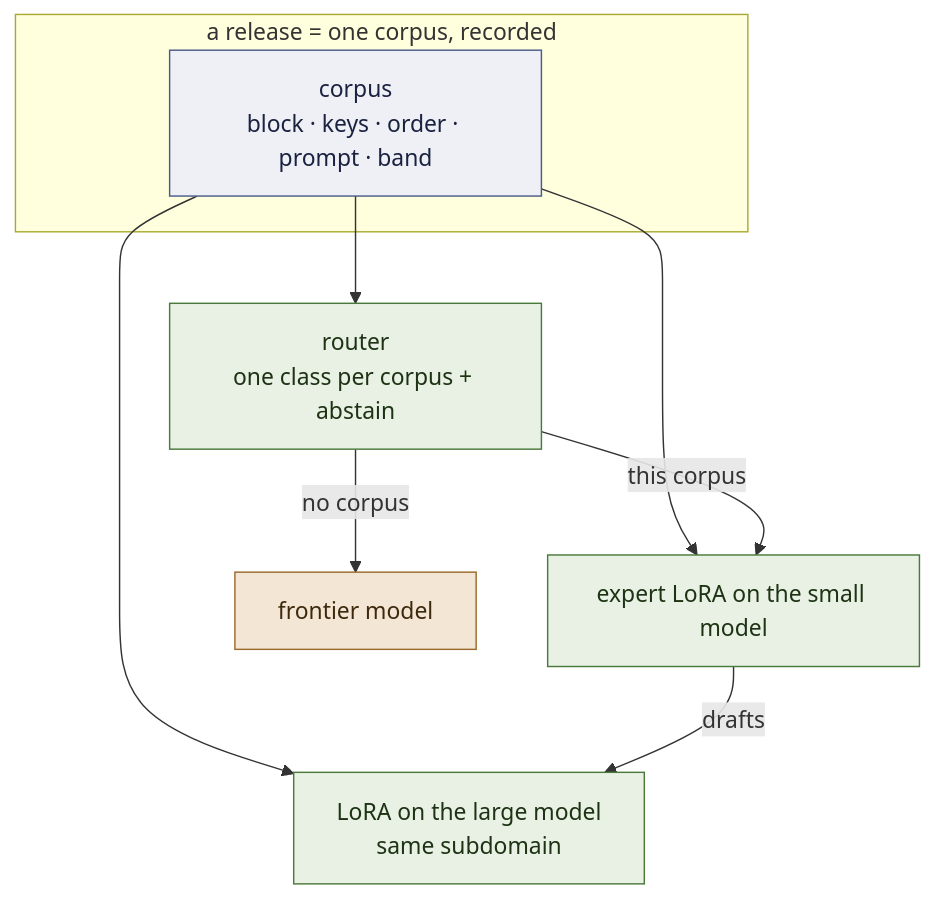
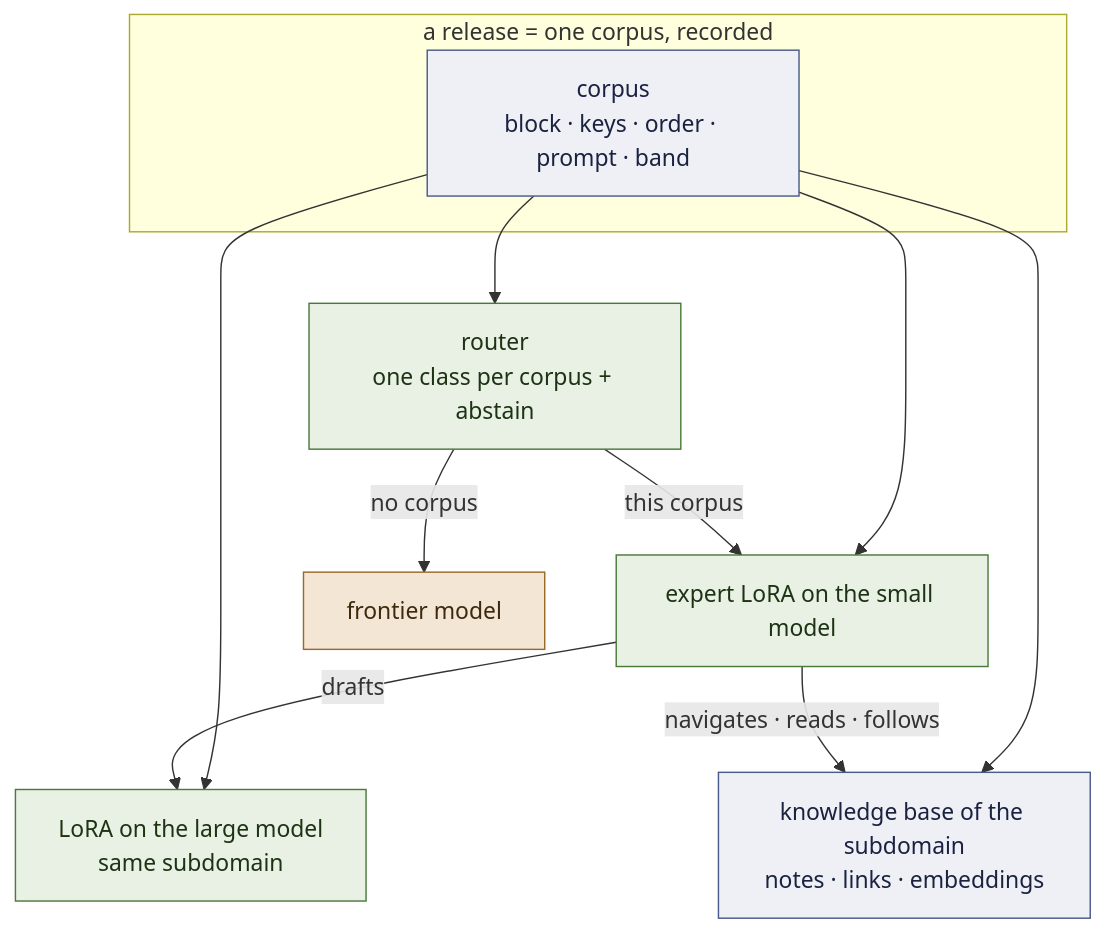
Before and after one commit to EvolvingAgentsLabs/lora-kernel: the first of 3 diagrams in docs/ARCHITECTURE.md, drawn with Mermaid. The commit also changed other lines of this file and 23 other files, not shown here.

First line of the commit message:
M2 [ran]: the corpus router does not pass; milestone 7 — a knowledge base per subdomain, the trajectory as the harness; arm 0 [ran] (#226)

````diff
--- a/docs/ARCHITECTURE.md
+++ b/docs/ARCHITECTURE.md
@@ -23,18 +24,20 @@
 ```mermaid
 flowchart TB
     subgraph REL["a release = one corpus, recorded"]
         K["corpus<br>block · keys · order · prompt · band"]
     end
     K --> E["expert LoRA on the small model"]
     K --> T["LoRA on the large model<br>same subdomain"]
     K --> R["router<br>one class per corpus + abstain"]
+    K --> B["knowledge base of the subdomain<br>notes · links · embeddings"]
+    E -- "navigates · reads · follows" --> B
     R -- "this corpus" --> E
     E -- "drafts" --> T
     R -- "no corpus" --> F["frontier model"]
     classDef art fill:#eef0f6,stroke:#4a5a8a,color:#1a2240
     classDef local fill:#e8f1e4,stroke:#4a7a3a,color:#1d3314
     classDef out fill:#f4e6d4,stroke:#9a6a2a,color:#3d2a0e
-    class K art
+    class K,B art
     class E,T,R local
     class F out
 ```
````
